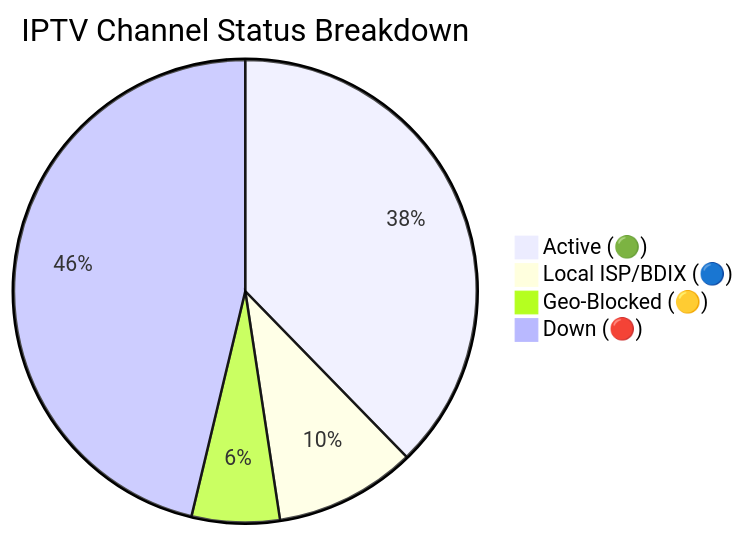
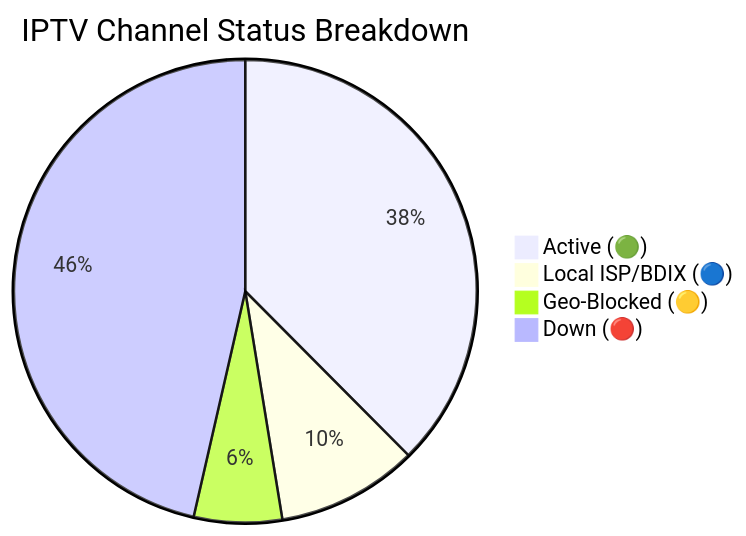
One commit to andreataylord/Ip-tv-Collection changed the diagram in README.md. Above: the diagram before and after it, drawn with Mermaid. The commit also changed other lines of this file and 1 other file, not shown here.

Commit message:
docs(readme): auto-update daily channel status chart

````diff
--- a/README.md
+++ b/README.md
@@ -59,7 +59,7 @@
 ```mermaid
 pie title IPTV Channel Status Breakdown
-    "Active (🟢)" : 2979
+    "Active (🟢)" : 2966
     "Local ISP/BDIX (🔵)" : 781
-    "Geo-Blocked (🟡)" : 485
-    "Down (🔴)" : 3655
+    "Geo-Blocked (🟡)" : 486
+    "Down (🔴)" : 3667
 ```
````
